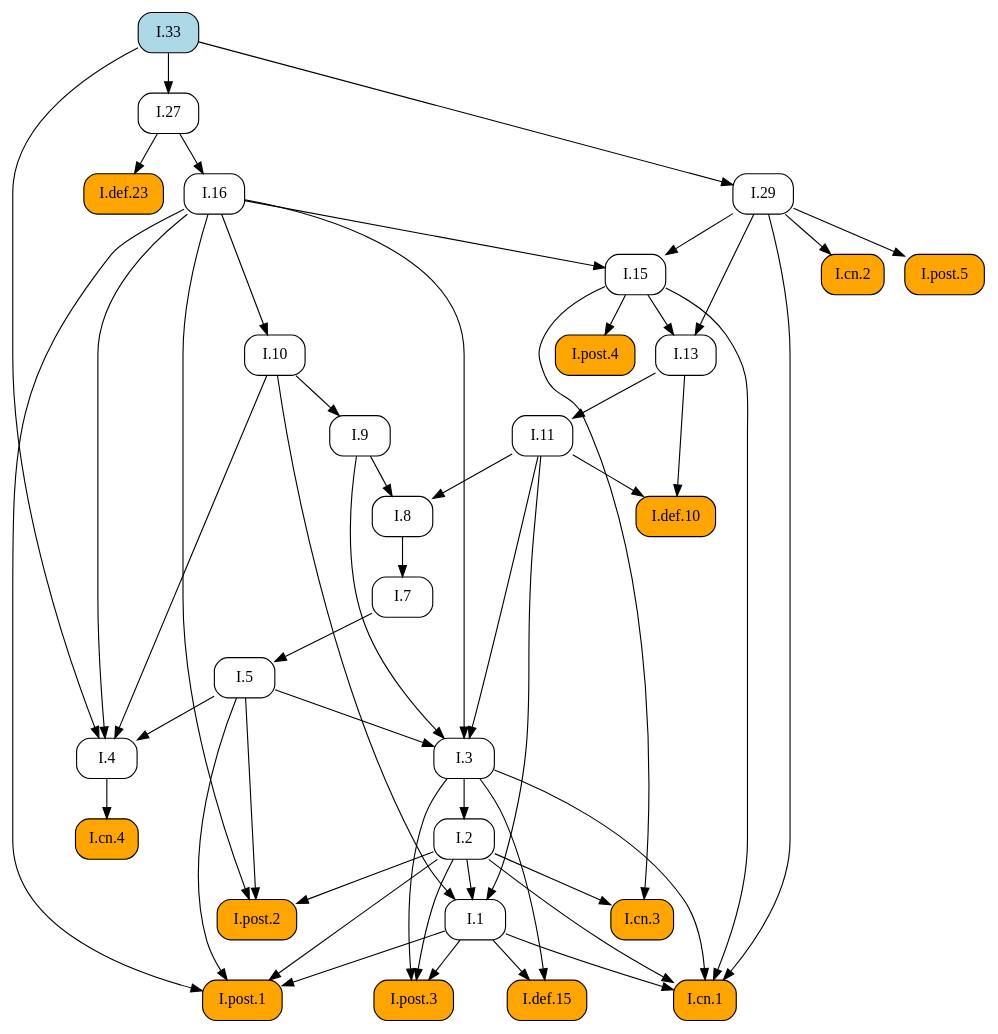
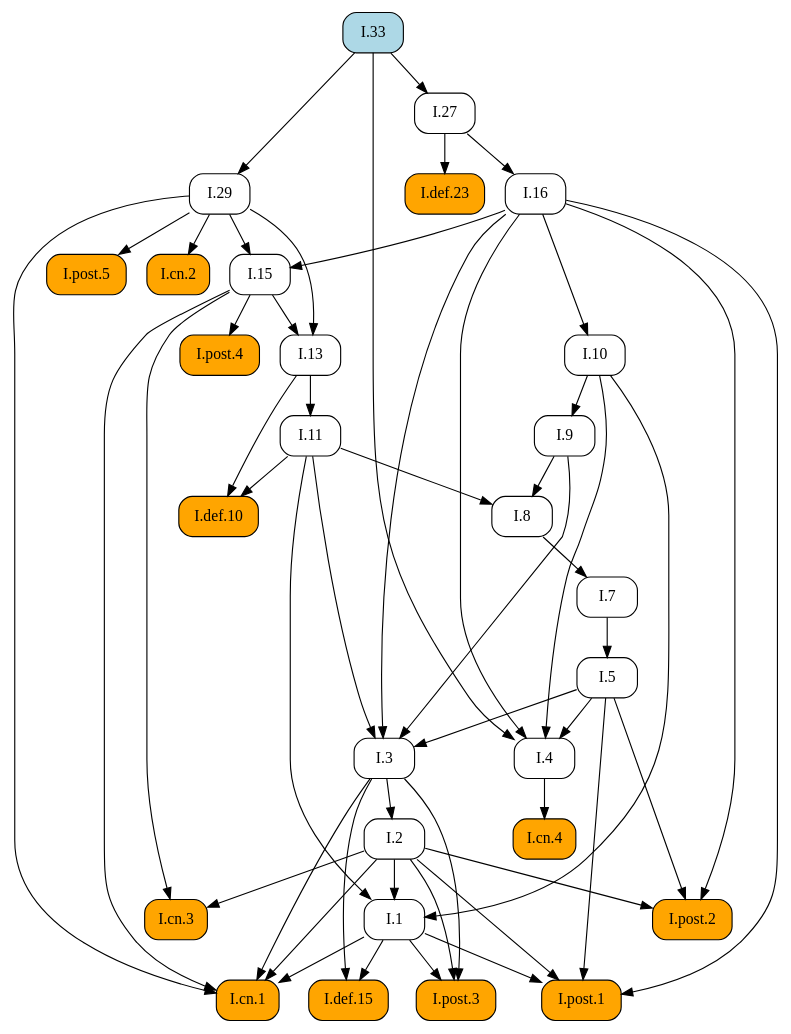
Before and after one commit to geometor/elements: the diagram in docsrc/elements2/I/33/index.rst, drawn with Graphviz. The commit also changed other lines of this file and 171 other files, not shown here.

```diff
--- a/docsrc/elements2/I/33/index.rst
+++ b/docsrc/elements2/I/33/index.rst
@@ -76,84 +76,84 @@
    digraph {
      rankdir="TB";
      node [shape=box, style=rounded];
+     "I.8" [URL="/elements2/I/8/", target="_top"];
+     "I.cn.3" [style="rounded,filled", fillcolor=orange, URL="/elements2/I/cn.3/", target="_top"];
+     "I.cn.4" [style="rounded,filled", fillcolor=orange, URL="/elements2/I/cn.4/", target="_top"];
+     "I.1" [URL="/elements2/I/1/", target="_top"];
+     "I.7" [URL="/elements2/I/7/", target="_top"];
+     "I.post.1" [style="rounded,filled", fillcolor=orange, URL="/elements2/I/post.1/", target="_top"];
+     "I.9" [URL="/elements2/I/9/", target="_top"];
+     "I.33" [style="rounded,filled", fillcolor=lightblue, URL="/elements2/I/33/", target="_top"];
+     "I.5" [URL="/elements2/I/5/", target="_top"];
+     "I.post.5" [style="rounded,filled", fillcolor=orange, URL="/elements2/I/post.5/", target="_top"];
+     "I.cn.1" [style="rounded,filled", fillcolor=orange, URL="/elements2/I/cn.1/", target="_top"];
+     "I.29" [URL="/elements2/I/29/", target="_top"];
+     "I.def.10" [style="rounded,filled", fillcolor=orange, URL="/elements2/I/def.10/", target="_top"];
+     "I.post.4" [style="rounded,filled", fillcolor=orange, URL="/elements2/I/post.4/", target="_top"];
      "I.16" [URL="/elements2/I/16/", target="_top"];
-     "I.def.10" [style="rounded,filled", fillcolor=orange, URL="/elements2/I/def.10/", target="_top"];
+     "I.cn.2" [style="rounded,filled", fillcolor=orange, URL="/elements2/I/cn.2/", target="_top"];
+     "I.13" [URL="/elements2/I/13/", target="_top"];
+     "I.2" [URL="/elements2/I/2/", target="_top"];
+     "I.27" [URL="/elements2/I/27/", target="_top"];
+     "I.def.15" [style="rounded,filled", fillcolor=orange, URL="/elements2/I/def.15/", target="_top"];
+     "I.4" [URL="/elements2/I/4/", target="_top"];
+     "I.11" [URL="/elements2/I/11/", target="_top"];
+     "I.10" [URL="/elements2/I/10/", target="_top"];
+     "I.15" [URL="/elements2/I/15/", target="_top"];
+     "I.3" [URL="/elements2/I/3/", target="_top"];
      "I.def.23" [style="rounded,filled", fillcolor=orange, URL="/elements2/I/def.23/", target="_top"];
-     "I.9" [URL="/elements2/I/9/", target="_top"];
-     "I.2" [URL="/elements2/I/2/", target="_top"];
-     "I.cn.2" [style="rounded,filled", fillcolor=orange, URL="/elements2/I/cn.2/", target="_top"];
-     "I.15" [URL="/elements2/I/15/", target="_top"];
-     "I.post.5" [style="rounded,filled", fillcolor=orange, URL="/elements2/I/post.5/", target="_top"];
-     "I.8" [URL="/elements2/I/8/", target="_top"];
-     "I.cn.4" [style="rounded,filled", fillcolor=orange, URL="/elements2/I/cn.4/", target="_top"];
-     "I.def.15" [style="rounded,filled", fillcolor=orange, URL="/elements2/I/def.15/", target="_top"];
+     "I.post.2" [style="rounded,filled", fillcolor=orange, URL="/elements2/I/post.2/", target="_top"];
      "I.post.3" [style="rounded,filled", fillcolor=orange, URL="/elements2/I/post.3/", target="_top"];
-     "I.1" [URL="/elements2/I/1/", target="_top"];
-     "I.27" [URL="/elements2/I/27/", target="_top"];
-     "I.post.2" [style="rounded,filled", fillcolor=orange, URL="/elements2/I/post.2/", target="_top"];
-     "I.13" [URL="/elements2/I/13/", target="_top"];
-     "I.33" [style="rounded,filled", fillcolor=lightblue, URL="/elements2/I/33/", target="_top"];
-     "I.10" [URL="/elements2/I/10/", target="_top"];
-     "I.post.1" [style="rounded,filled", fillcolor=orange, URL="/elements2/I/post.1/", target="_top"];
-     "I.7" [URL="/elements2/I/7/", target="_top"];
-     "I.post.4" [style="rounded,filled", fillcolor=orange, URL="/elements2/I/post.4/", target="_top"];
-     "I.cn.1" [style="rounded,filled", fillcolor=orange, URL="/elements2/I/cn.1/", target="_top"];
-     "I.3" [URL="/elements2/I/3/", target="_top"];
-     "I.cn.3" [style="rounded,filled", fillcolor=orange, URL="/elements2/I/cn.3/", target="_top"];
-     "I.11" [URL="/elements2/I/11/", target="_top"];
-     "I.29" [URL="/elements2/I/29/", target="_top"];
-     "I.5" [URL="/elements2/I/5/", target="_top"];
-     "I.4" [URL="/elements2/I/4/", target="_top"];
-     "I.27" -> "I.16";
-     "I.11" -> "I.def.10";
-     "I.13" -> "I.def.10";
-     "I.27" -> "I.def.23";
-     "I.10" -> "I.9";
-     "I.3" -> "I.2";
-     "I.29" -> "I.cn.2";
-     "I.16" -> "I.15";
-     "I.29" -> "I.15";
-     "I.29" -> "I.post.5";
      "I.9" -> "I.8";
      "I.11" -> "I.8";
+     "I.2" -> "I.cn.3";
+     "I.15" -> "I.cn.3";
      "I.4" -> "I.cn.4";
-     "I.1" -> "I.def.15";
-     "I.3" -> "I.def.15";
-     "I.1" -> "I.post.3";
-     "I.2" -> "I.post.3";
-     "I.3" -> "I.post.3";
      "I.2" -> "I.1";
      "I.10" -> "I.1";
      "I.11" -> "I.1";
-     "I.33" -> "I.27";
-     "I.2" -> "I.post.2";
-     "I.5" -> "I.post.2";
-     "I.16" -> "I.post.2";
-     "I.15" -> "I.13";
-     "I.29" -> "I.13";
-     "I.16" -> "I.10";
+     "I.8" -> "I.7";
      "I.1" -> "I.post.1";
      "I.2" -> "I.post.1";
      "I.5" -> "I.post.1";
      "I.16" -> "I.post.1";
-     "I.8" -> "I.7";
-     "I.15" -> "I.post.4";
+     "I.10" -> "I.9";
+     "I.7" -> "I.5";
+     "I.29" -> "I.post.5";
      "I.1" -> "I.cn.1";
      "I.2" -> "I.cn.1";
      "I.3" -> "I.cn.1";
      "I.15" -> "I.cn.1";
      "I.29" -> "I.cn.1";
+     "I.33" -> "I.29";
+     "I.11" -> "I.def.10";
+     "I.13" -> "I.def.10";
+     "I.15" -> "I.post.4";
+     "I.27" -> "I.16";
+     "I.29" -> "I.cn.2";
+     "I.15" -> "I.13";
+     "I.29" -> "I.13";
+     "I.3" -> "I.2";
+     "I.33" -> "I.27";
+     "I.1" -> "I.def.15";
+     "I.3" -> "I.def.15";
+     "I.5" -> "I.4";
+     "I.10" -> "I.4";
+     "I.16" -> "I.4";
+     "I.33" -> "I.4";
+     "I.13" -> "I.11";
+     "I.16" -> "I.10";
+     "I.16" -> "I.15";
+     "I.29" -> "I.15";
      "I.5" -> "I.3";
      "I.9" -> "I.3";
      "I.11" -> "I.3";
      "I.16" -> "I.3";
-     "I.2" -> "I.cn.3";
-     "I.15" -> "I.cn.3";
-     "I.13" -> "I.11";
-     "I.33" -> "I.29";
-     "I.7" -> "I.5";
-     "I.5" -> "I.4";
-     "I.10" -> "I.4";
-     "I.16" -> "I.4";
-     "I.33" -> "I.4";
+     "I.27" -> "I.def.23";
+     "I.2" -> "I.post.2";
+     "I.5" -> "I.post.2";
+     "I.16" -> "I.post.2";
+     "I.1" -> "I.post.3";
+     "I.2" -> "I.post.3";
+     "I.3" -> "I.post.3";
    }
```
